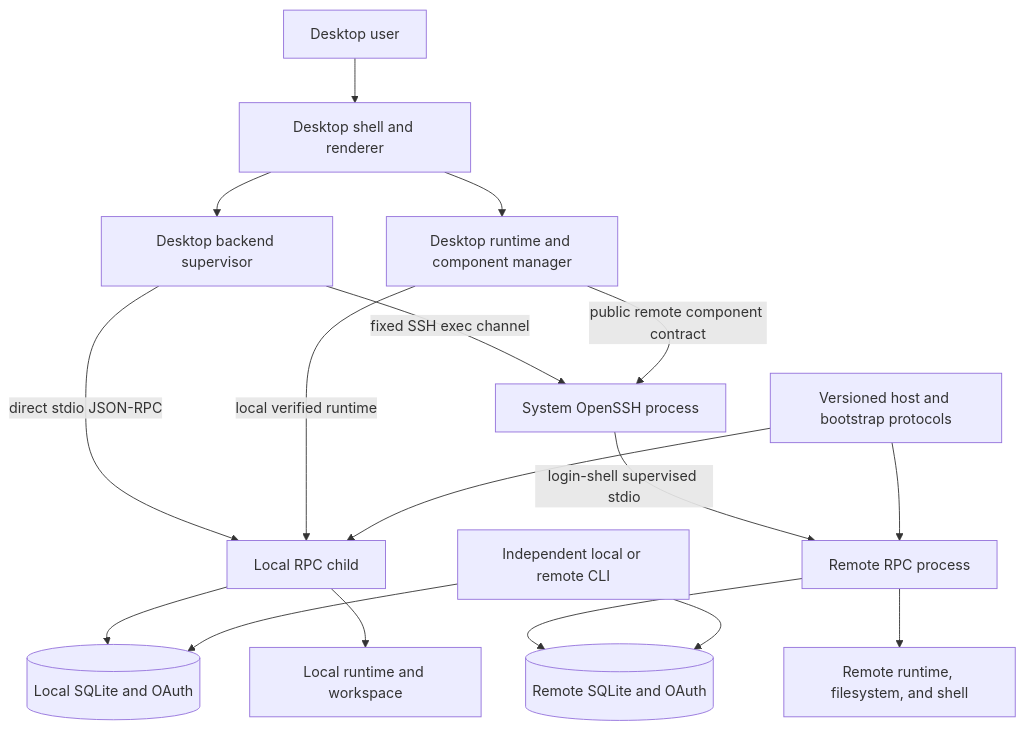
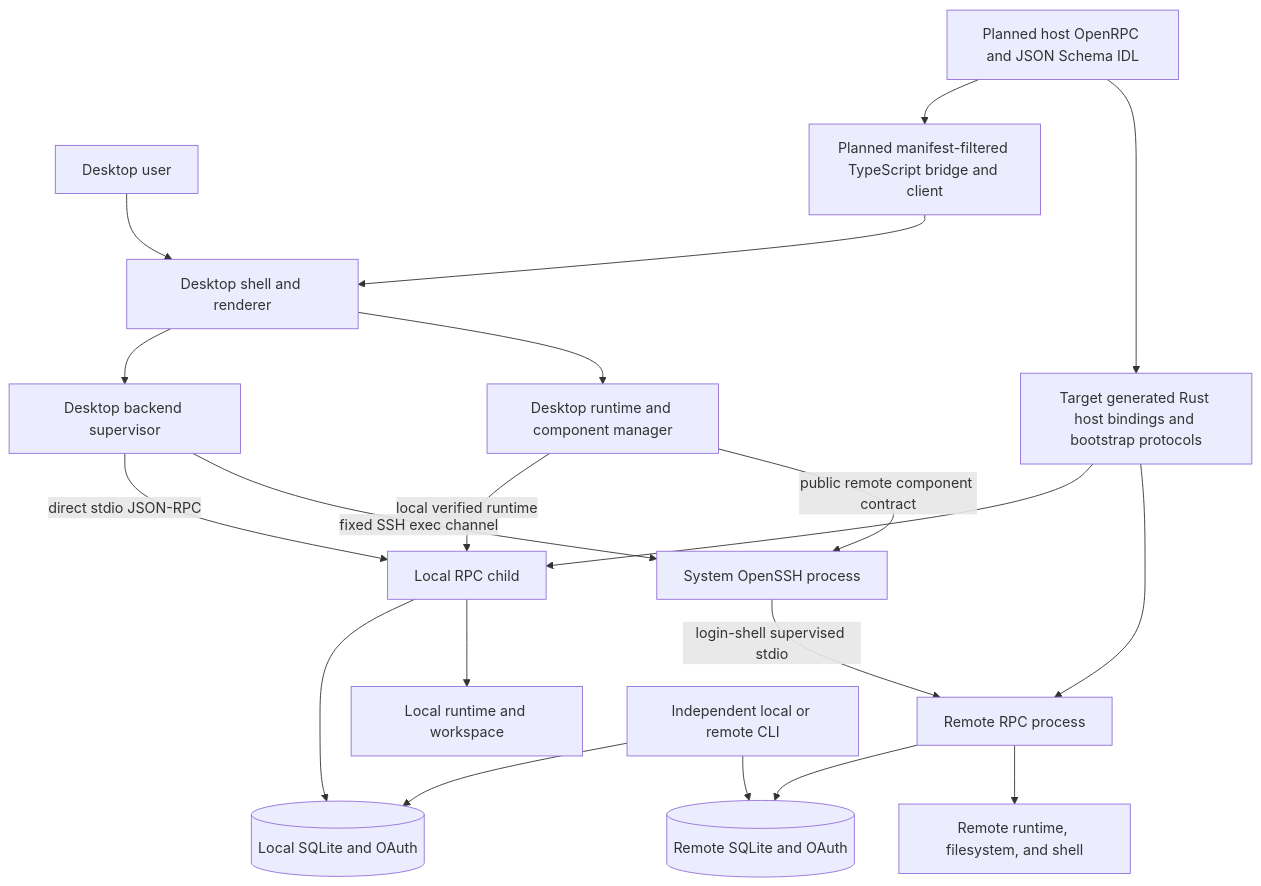
One commit to Wh1isper/starweaver changed the diagram in spec/desktop/README.md. Above: the diagram before and after it, drawn with Mermaid. The commit also changed other lines of this file and 62 other files, not shown here.

````diff
--- a/spec/desktop/README.md
+++ b/spec/desktop/README.md
@@ -60,33 +63,38 @@
 ```mermaid
 flowchart TD
     user[Desktop user]
     shell[Desktop shell and renderer]
     supervisor[Desktop backend supervisor]
     updater[Desktop runtime and component manager]
     local_rpc[Local RPC child]
     ssh[System OpenSSH process]
     remote_rpc[Remote RPC process]
-    rpc_core[Versioned host and bootstrap protocols]
+    host_idl[Planned host OpenRPC and JSON Schema IDL]
+    ts_client[Planned manifest-filtered TypeScript bridge and client]
+    rpc_core[Target generated Rust host bindings and bootstrap protocols]
     local_store[(Local SQLite and OAuth)]
     remote_store[(Remote SQLite and OAuth)]
     local_runtime[Local runtime and workspace]
     remote_runtime[Remote runtime, filesystem, and shell]
     cli[Independent local or remote CLI]
 
     user --> shell
+    host_idl --> ts_client
+    host_idl --> rpc_core
+    ts_client --> shell
     shell --> supervisor
     shell --> updater
     supervisor -->|direct stdio JSON-RPC| local_rpc
     supervisor -->|fixed SSH exec channel| ssh
     ssh -->|login-shell supervised stdio| remote_rpc
     updater -->|local verified runtime| local_rpc
     updater -->|public remote component contract| ssh
     rpc_core --> local_rpc
     rpc_core --> remote_rpc
     local_rpc --> local_store
     local_rpc --> local_runtime
     remote_rpc --> remote_store
     remote_rpc --> remote_runtime
     cli --> local_store
     cli --> remote_store
 ```
````
